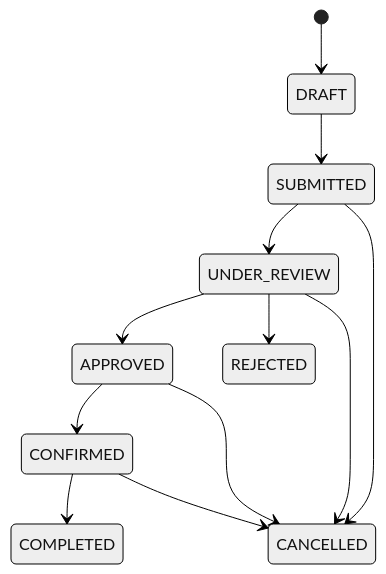
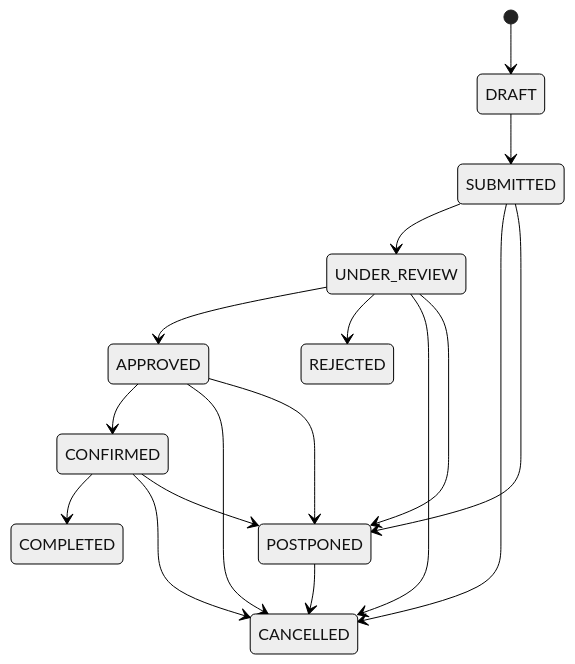
One commit to leecfryan/SPMG5-ConnectSphere- changed the diagram in docs/event-requests.md. Above: the diagram before and after it, drawn with Mermaid (neutral theme). The commit also changed other lines of this file and 1 other file, not shown here.

````diff
--- a/docs/event-requests.md
+++ b/docs/event-requests.md
@@ -94,14 +118,19 @@
 ```mermaid
 stateDiagram-v2
     [*] --> DRAFT
     DRAFT --> SUBMITTED
     SUBMITTED --> UNDER_REVIEW
     UNDER_REVIEW --> APPROVED
     UNDER_REVIEW --> REJECTED
     APPROVED --> CONFIRMED
     CONFIRMED --> COMPLETED
     SUBMITTED --> CANCELLED
     UNDER_REVIEW --> CANCELLED
     APPROVED --> CANCELLED
     CONFIRMED --> CANCELLED
+    SUBMITTED --> POSTPONED
+    UNDER_REVIEW --> POSTPONED
+    APPROVED --> POSTPONED
+    CONFIRMED --> POSTPONED
+    POSTPONED --> CANCELLED
 ```
````
